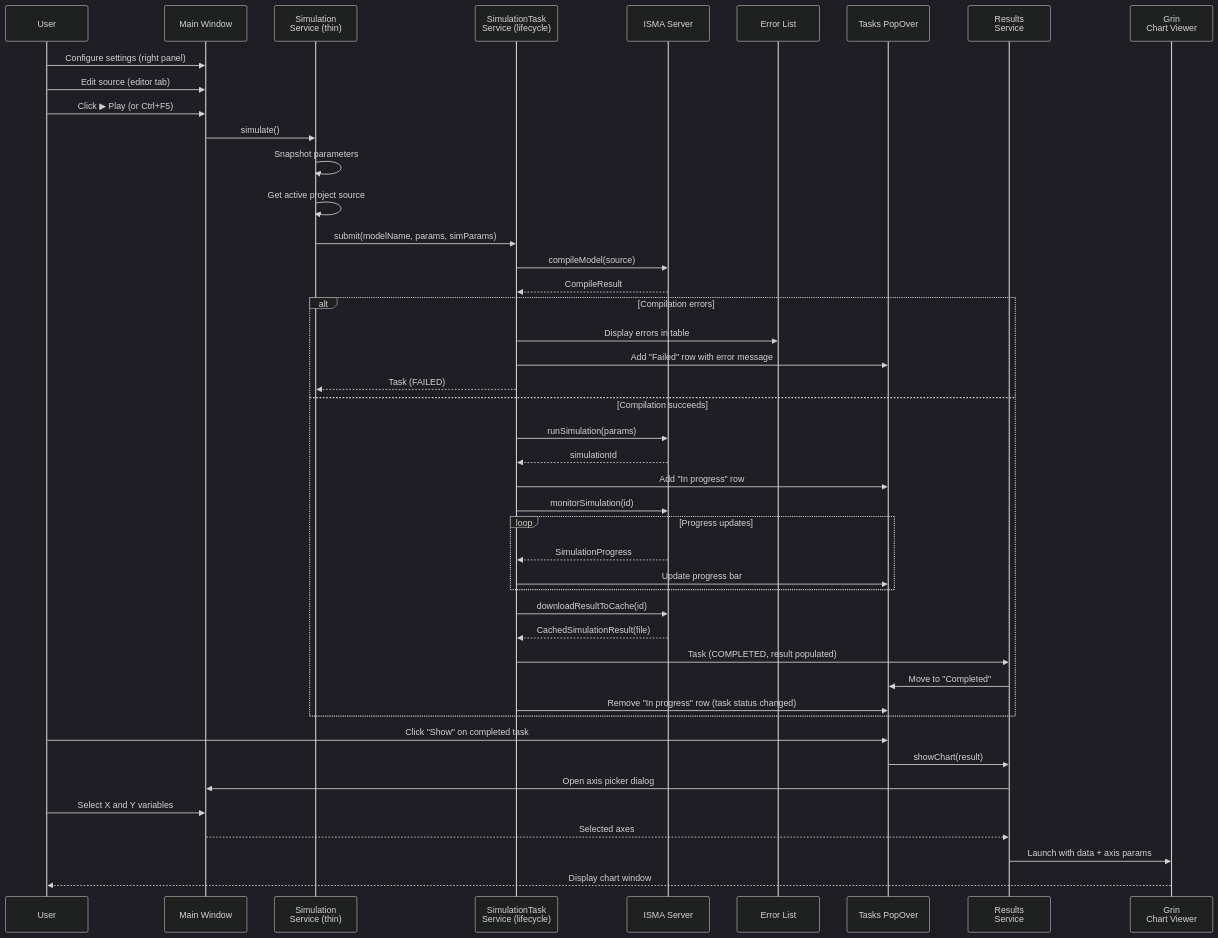
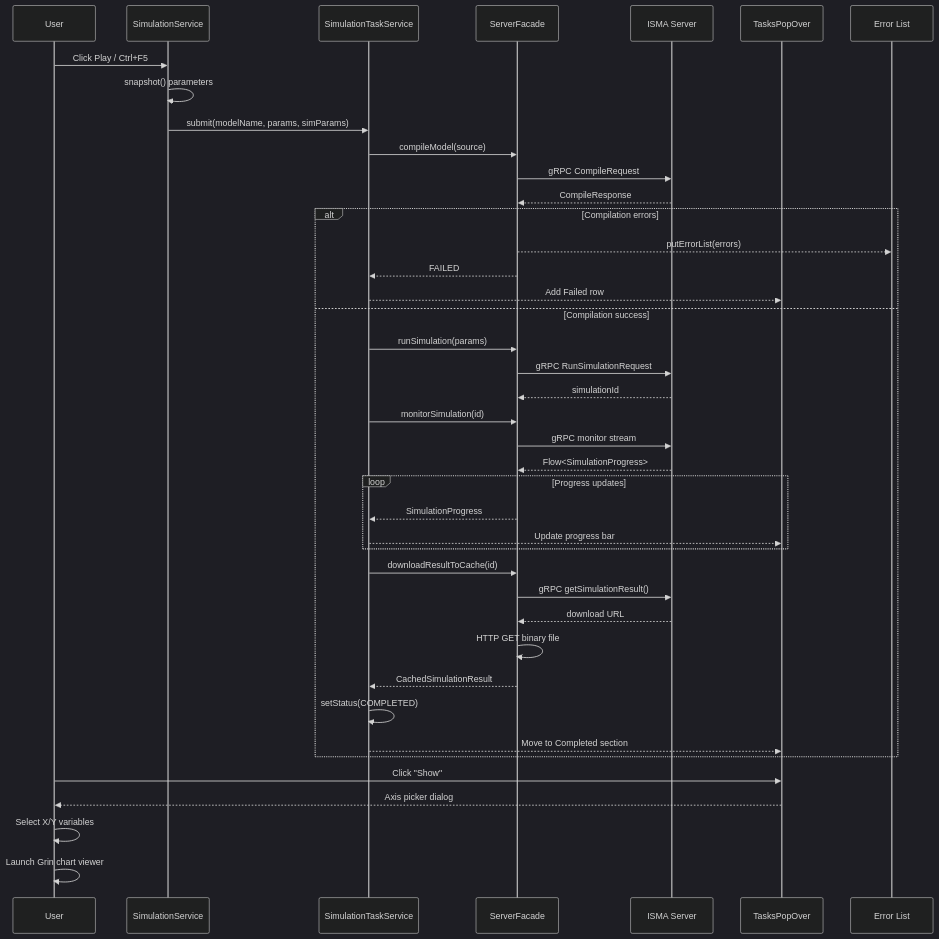
Before and after one commit to SmallBossGames/isma: the third of 4 diagrams in docs/isma-ui/06-ux-reference.md, drawn with Mermaid (dark theme). The commit also changed other lines of this file and 26 other files, not shown here.

````diff
--- a/docs/isma-ui/06-ux-reference.md
+++ b/docs/isma-ui/06-ux-reference.md
@@ -509,57 +465,44 @@
 ```mermaid
 sequenceDiagram
-    participant User
-    participant UI as Main Window
-    participant SimSvc as Simulation<br/>Service (thin)
-    participant TaskSvc as SimulationTask<br/>Service (lifecycle)
+    participant U as User
+    participant SS as SimulationService
+    participant STS as SimulationTaskService
+    participant Facade as ServerFacade
     participant Server as ISMA Server
-    participant Errors as Error List
-    participant Tasks as Tasks PopOver
-    participant Result as Results<br/>Service
-    participant Grin as Grin<br/>Chart Viewer
+    participant Tasks as TasksPopOver
+    participant Error as Error List
 
-    User->>UI: Configure settings (right panel)
-    User->>UI: Edit source (editor tab)
-    User->>UI: Click ▶ Play (or Ctrl+F5)
-    UI->>SimSvc: simulate()
-
-    SimSvc->>SimSvc: Snapshot parameters
-    SimSvc->>SimSvc: Get active project source
-    SimSvc->>TaskSvc: submit(modelName, params, simParams)
-
-    TaskSvc->>Server: compileModel(source)
-    Server-->>TaskSvc: CompileResult
-
+    U->>SS: Click Play / Ctrl+F5
+    SS->>SS: snapshot() parameters
+    SS->>STS: submit(modelName, params, simParams)
+    STS->>Facade: compileModel(source)
+    Facade->>Server: gRPC CompileRequest
+    Server-->>Facade: CompileResponse
     alt Compilation errors
-        TaskSvc->>Errors: Display errors in table
-        TaskSvc->>Tasks: Add "Failed" row with error message
-        TaskSvc-->>SimSvc: Task (FAILED)
-    else Compilation succeeds
-        TaskSvc->>Server: runSimulation(params)
-        Server-->>TaskSvc: simulationId
-
-        TaskSvc->>Tasks: Add "In progress" row
-        TaskSvc->>Server: monitorSimulation(id)
-
+        Facade-->>Error: putErrorList(errors)
+        Facade-->>STS: FAILED
+        STS-->>Tasks: Add Failed row
+    else Compilation success
+        STS->>Facade: runSimulation(params)
+        Facade->>Server: gRPC RunSimulationRequest
+        Server-->>Facade: simulationId
+        STS->>Facade: monitorSimulation(id)
+        Facade->>Server: gRPC monitor stream
+        Server-->>Facade: Flow<SimulationProgress>
         loop Progress updates
-            Server-->>TaskSvc: SimulationProgress
-            TaskSvc->>Tasks: Update progress bar
+            Facade-->>STS: SimulationProgress
+            STS-->>Tasks: Update progress bar
         end
-
-        TaskSvc->>Server: downloadResultToCache(id)
-        Server-->>TaskSvc: CachedSimulationResult(file)
-
-        TaskSvc->>Result: Task (COMPLETED, result populated)
-        Result->>Tasks: Move to "Completed"
-
-        TaskSvc->>Tasks: Remove "In progress" row (task status changed)
+        STS->>Facade: downloadResultToCache(id)
+        Facade->>Server: gRPC getSimulationResult()
+        Server-->>Facade: download URL
+        Facade->>Facade: HTTP GET binary file
+        Facade-->>STS: CachedSimulationResult
+        STS->>STS: setStatus(COMPLETED)
+        STS-->>Tasks: Move to Completed section
     end
-
-    User->>Tasks: Click "Show" on completed task
-    Tasks->>Result: showChart(result)
-    Result->>UI: Open axis picker dialog
-    User->>UI: Select X and Y variables
-    UI-->>Result: Selected axes
-    Result->>Grin: Launch with data + axis params
-    Grin-->>User: Display chart window
+    U->>Tasks: Click "Show"
+    Tasks-->>U: Axis picker dialog
+    U->>U: Select X/Y variables
+    U->>U: Launch Grin chart viewer
 ```
````
